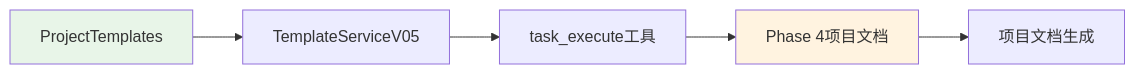
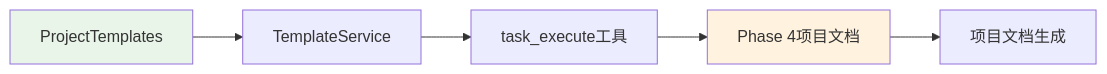
The second of 2 diagrams in docs/files/summaries/src/templates/templates/project_templates.py.md (MGX-LJY/CodeLens), drawn with Mermaid before and after one commit. The commit also changed 10 other files, not shown here.

````diff
--- a/docs/files/summaries/src/templates/templates/project_templates.py.md
+++ b/docs/files/summaries/src/templates/templates/project_templates.py.md
@@ -84,10 +84,10 @@
 ```mermaid
 graph LR
-    A[ProjectTemplates] --> B[TemplateServiceV05]
+    A[ProjectTemplates] --> B[TemplateService]
     B --> C[task_execute工具]
     C --> D[Phase 4项目文档]
     D --> E[项目文档生成]
     
     style A fill:#e8f5e8
     style D fill:#fff3e0
 ```
````
